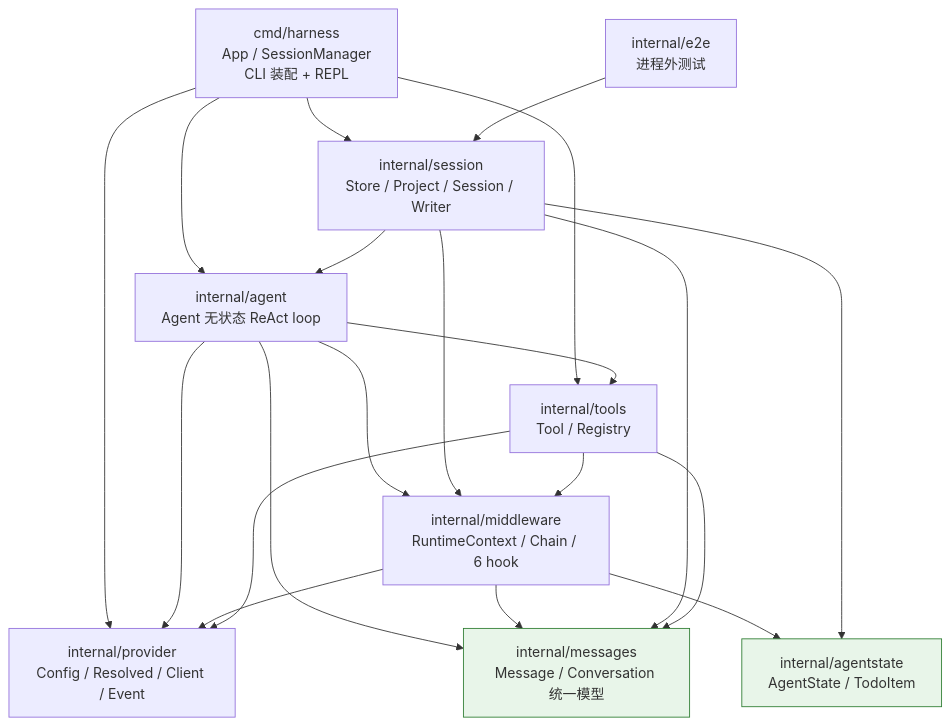
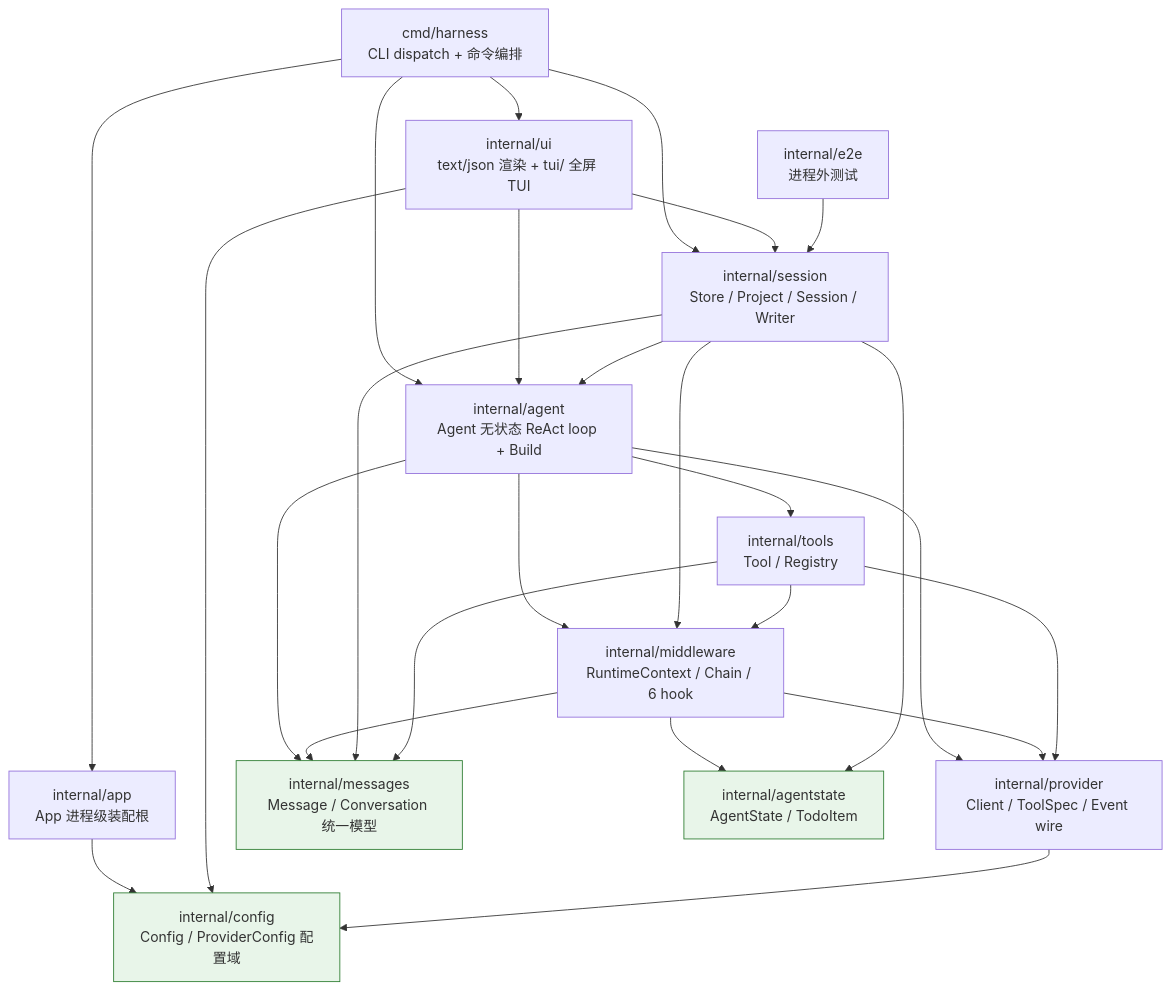
One commit to HUANGsir-JH/simple-harness changed the first of 8 diagrams in DATA_STRUCTURES.md. Above: the diagram before and after it, drawn with Mermaid. The commit also changed other lines of this file and 34 other files, not shown here.

First line of the commit message:
refactor: config 层独立 + app 装配根 + Resolved→ProviderConfig

````diff
--- a/DATA_STRUCTURES.md
+++ b/DATA_STRUCTURES.md
@@ -8,22 +8,28 @@
 ```mermaid
 flowchart TD
-    CMD[cmd/harness<br/>App / SessionManager<br/>CLI 装配 + REPL]
-    AG[internal/agent<br/>Agent 无状态 ReAct loop]
+    CMD[cmd/harness<br/>CLI dispatch + 命令编排]
+    APP[internal/app<br/>App 进程级装配根]
+    CFG[internal/config<br/>Config / ProviderConfig 配置域]
+    AG[internal/agent<br/>Agent 无状态 ReAct loop + Build]
     MW[internal/middleware<br/>RuntimeContext / Chain / 6 hook]
-    PV[internal/provider<br/>Config / Resolved / Client / Event]
+    PV[internal/provider<br/>Client / ToolSpec / Event wire]
     MSG[internal/messages<br/>Message / Conversation 统一模型]
     AST[internal/agentstate<br/>AgentState / TodoItem]
     SES[internal/session<br/>Store / Project / Session / Writer]
     TL[internal/tools<br/>Tool / Registry]
+    UI[internal/ui<br/>text/json 渲染 + tui/ 全屏 TUI]
     E2E[internal/e2e<br/>进程外测试]
 
-    CMD --> AG & SES & PV & TL
+    CMD --> APP & AG & SES & UI
+    APP --> CFG
+    UI --> AG & SES & CFG
     AG --> MW & PV & TL & MSG
     MW --> MSG & AST & PV
+    PV --> CFG
     SES --> AG & AST & MSG & MW
     TL --> MSG & MW & PV
     E2E --> SES
 
     classDef leaf fill:#e8f5e9,stroke:#2e7d32
-    class MSG,AST leaf
+    class MSG,AST,CFG leaf
 ```
````
